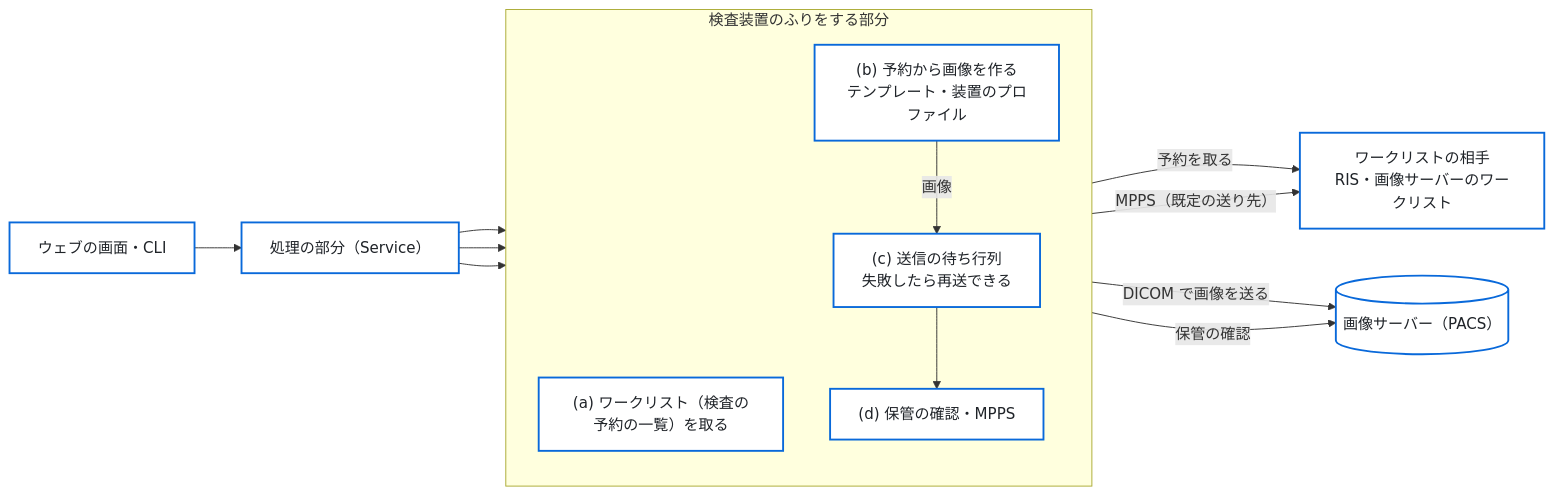
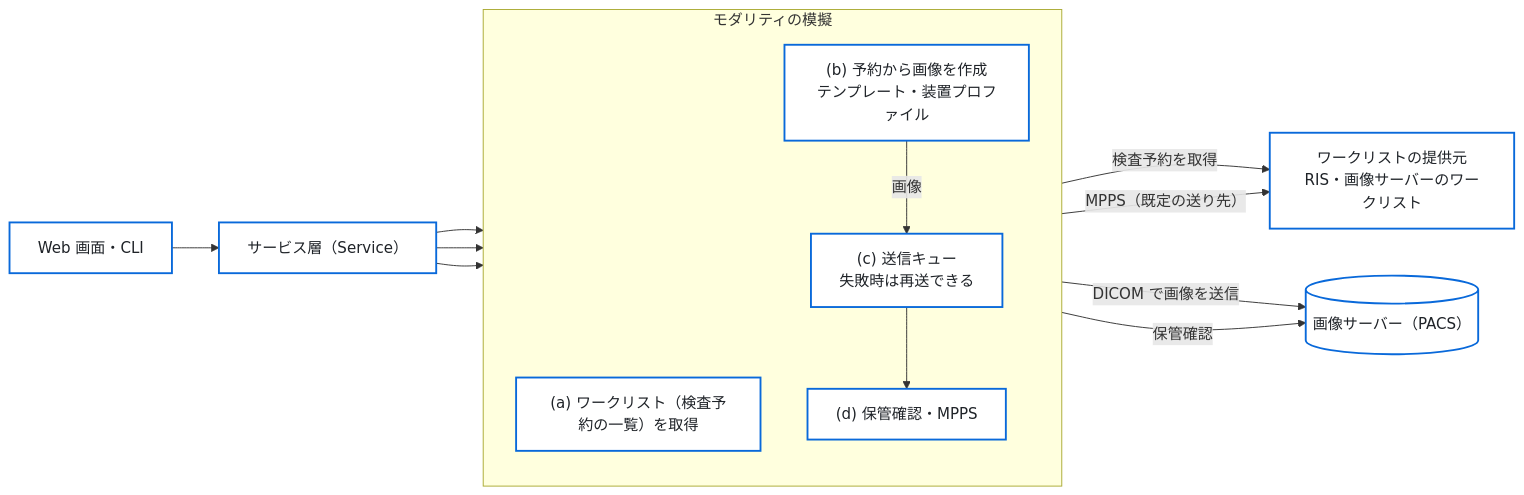
The first of 2 diagrams in README.md (jeysunit/dicom-test-generator), drawn with Mermaid before and after one commit. The commit also changed other lines of this file, not shown here.

````diff
--- a/README.md
+++ b/README.md
@@ -46,27 +46,27 @@
 ```mermaid
 flowchart LR
   classDef box fill:#ffffff,stroke:#0969da,stroke-width:2px,color:#1f2328
 
-  UI["ウェブの画面・CLI"]:::box
-  SVC["処理の部分（Service）"]:::box
-  subgraph FLOW["検査装置のふりをする部分"]
+  UI["Web 画面・CLI"]:::box
+  SVC["サービス層（Service）"]:::box
+  subgraph FLOW["モダリティの模擬"]
     direction TB
-    MWL["(a) ワークリスト（検査の予約の一覧）を取る"]:::box
-    MAKE["(b) 予約から画像を作る<br/>テンプレート・装置のプロファイル"]:::box
-    QUEUE["(c) 送信の待ち行列<br/>失敗したら再送できる"]:::box
-    COMMIT["(d) 保管の確認・MPPS"]:::box
+    MWL["(a) ワークリスト（検査予約の一覧）を取得"]:::box
+    MAKE["(b) 予約から画像を作成<br/>テンプレート・装置プロファイル"]:::box
+    QUEUE["(c) 送信キュー<br/>失敗時は再送できる"]:::box
+    COMMIT["(d) 保管確認・MPPS"]:::box
   end
-  RIS["ワークリストの相手<br/>RIS・画像サーバーのワークリスト"]:::box
+  RIS["ワークリストの提供元<br/>RIS・画像サーバーのワークリスト"]:::box
   PACS[("画像サーバー（PACS）")]:::box
 
   UI --> SVC
   SVC --> MWL
   SVC --> MAKE
   SVC --> QUEUE
-  MWL -->|"予約を取る"| RIS
+  MWL -->|"検査予約を取得"| RIS
   MAKE -->|"画像"| QUEUE
-  QUEUE -->|"DICOM で画像を送る"| PACS
+  QUEUE -->|"DICOM で画像を送信"| PACS
   QUEUE --> COMMIT
-  COMMIT -->|"保管の確認"| PACS
+  COMMIT -->|"保管確認"| PACS
   COMMIT -->|"MPPS（既定の送り先）"| RIS
 ```
````
